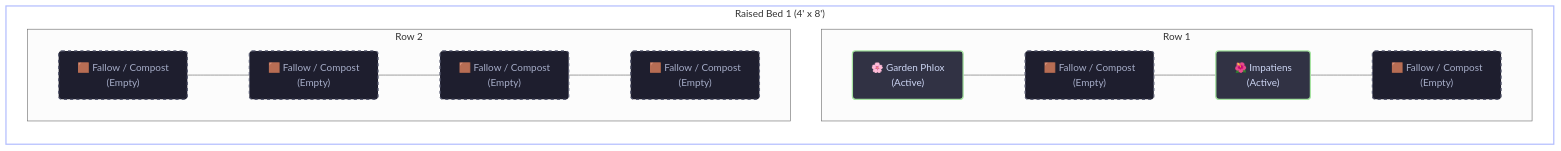
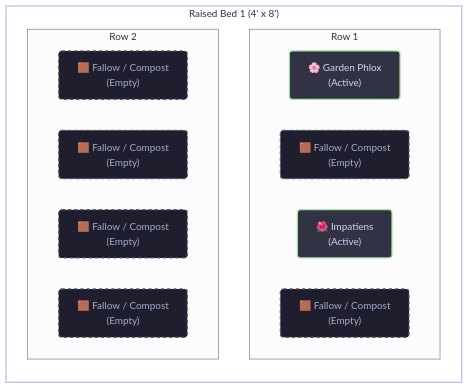
The diagram in docs/beds/raised-bed-1.md (nicholaswilde/gardening), drawn with Mermaid (neutral theme) before and after one commit. The commit also changed 4 other files, not shown here.

````diff
--- a/docs/beds/raised-bed-1.md
+++ b/docs/beds/raised-bed-1.md
@@ -15,27 +15,33 @@
 ```mermaid
 flowchart TD
     subgraph Bed ["Raised Bed 1 (4' x 8')"]
         direction TB
         subgraph Row1 ["Row 1"]
             direction LR
-            cell1_1["🌸 Garden Phlox<br>(Active)"] --- cell1_2["🟫 Fallow / Compost<br>(Empty)"] --- cell1_3["🌺 Impatiens<br>(Active)"] --- cell1_4["🟫 Fallow / Compost<br>(Empty)"]
+            cell1_1["🌸 Garden Phlox<br>(Active)"]
+            cell1_2["🟫 Fallow / Compost<br>(Empty)"]
+            cell1_3["🌺 Impatiens<br>(Active)"]
+            cell1_4["🟫 Fallow / Compost<br>(Empty)"]
         end
         subgraph Row2 ["Row 2"]
             direction LR
-            cell2_1["🟫 Fallow / Compost<br>(Empty)"] --- cell2_2["🟫 Fallow / Compost<br>(Empty)"] --- cell2_3["🟫 Fallow / Compost<br>(Empty)"] --- cell2_4["🟫 Fallow / Compost<br>(Empty)"]
+            cell2_1["🟫 Fallow / Compost<br>(Empty)"]
+            cell2_2["🟫 Fallow / Compost<br>(Empty)"]
+            cell2_3["🟫 Fallow / Compost<br>(Empty)"]
+            cell2_4["🟫 Fallow / Compost<br>(Empty)"]
         end
     end
 
     style Bed fill:transparent,stroke:#b4befe,stroke-width:2px
     style cell1_1 fill:#313244,stroke:#a6e3a1,stroke-width:2px,color:#cdd6f4,rx:5,ry:5
     style cell1_2 fill:#1e1e2e,stroke:#585b70,stroke-width:2px,color:#a6adc8,stroke-dasharray: 5 5,rx:5,ry:5
     style cell1_3 fill:#313244,stroke:#a6e3a1,stroke-width:2px,color:#cdd6f4,rx:5,ry:5
     style cell1_4 fill:#1e1e2e,stroke:#585b70,stroke-width:2px,color:#a6adc8,stroke-dasharray: 5 5,rx:5,ry:5
     style cell2_1 fill:#1e1e2e,stroke:#585b70,stroke-width:2px,color:#a6adc8,stroke-dasharray: 5 5,rx:5,ry:5
     style cell2_2 fill:#1e1e2e,stroke:#585b70,stroke-width:2px,color:#a6adc8,stroke-dasharray: 5 5,rx:5,ry:5
     style cell2_3 fill:#1e1e2e,stroke:#585b70,stroke-width:2px,color:#a6adc8,stroke-dasharray: 5 5,rx:5,ry:5
     style cell2_4 fill:#1e1e2e,stroke:#585b70,stroke-width:2px,color:#a6adc8,stroke-dasharray: 5 5,rx:5,ry:5
 
     click cell1_3 "../plants/impatiens.md" "Impatiens Profile"
     click cell1_1 "../plants/garden-phlox.md" "Garden Phlox Profile"
 ```
````
